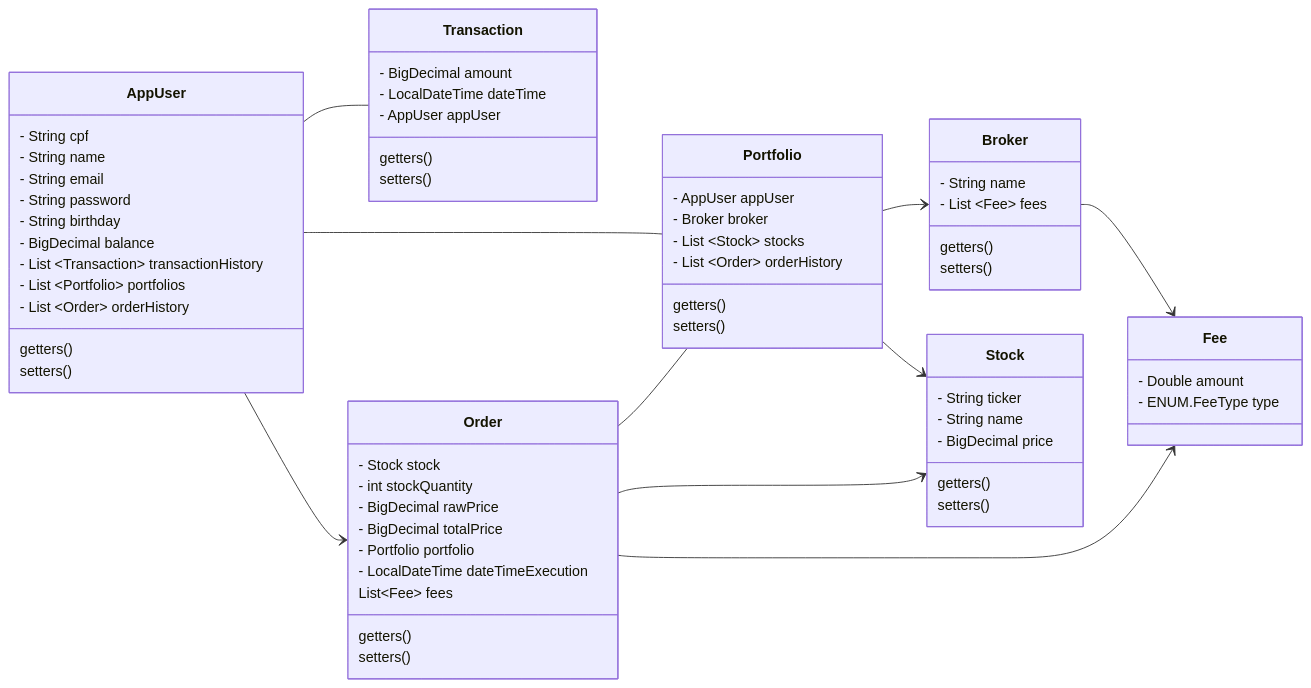
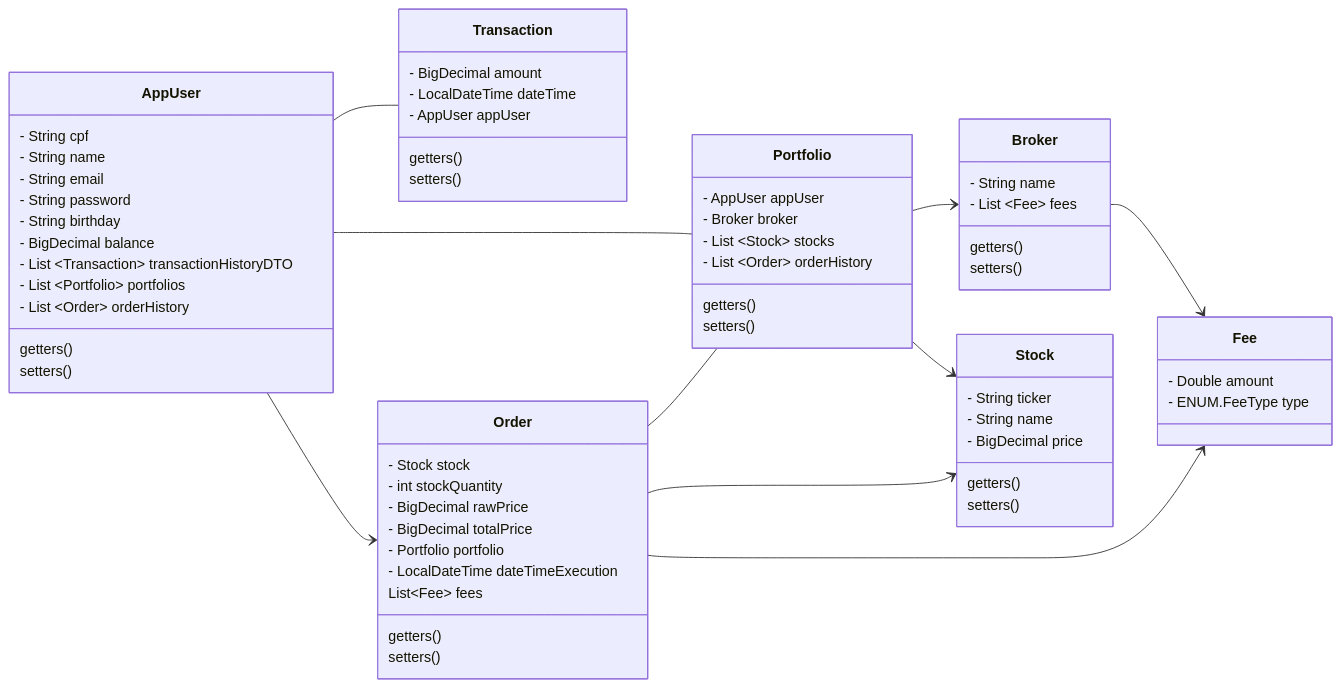
The first of 3 diagrams in README.md (leialemon/projeto-web-b3), drawn with Mermaid before and after one commit. The commit also changed 8 other files, not shown here.

````diff
--- a/README.md
+++ b/README.md
@@ -11,79 +11,79 @@
 ```mermaid
 classDiagram
 direction LR
 class AppUser {
     - String cpf 
     - String name
     - String email
     - String password
     - String birthday
     - BigDecimal balance
-    - List ~Transaction~ transactionHistory
+    - List ~Transaction~ transactionHistoryDTO
     - List ~Portfolio~ portfolios
     - List ~Order~ orderHistory
     getters()
     setters()
 }
 
 class Order{
     - Stock stock
     - int stockQuantity
     - BigDecimal rawPrice
     - BigDecimal totalPrice
     - Portfolio portfolio
     - LocalDateTime dateTimeExecution
     List~Fee~ fees
     getters()
     setters()
 }
 
 class Stock{
     - String ticker
     - String name
     - BigDecimal price
     getters()
     setters()
 }
 
 class Broker{
     - String name
     - List ~Fee~ fees
     getters()
     setters()
 }
 
 class Portfolio{
     - AppUser appUser
     - Broker broker
     - List ~Stock~ stocks
     - List ~Order~ orderHistory
     getters()
     setters()
 }
 
 class Transaction{
     - BigDecimal amount
     - LocalDateTime dateTime
     - AppUser appUser
     getters()
     setters()
 }
 
 class Fee{
    - Double amount
    - ENUM.FeeType type
 }
 
 AppUser -- Transaction
 AppUser -- Portfolio
 AppUser --> Order
 
 Order -- Portfolio
 Order --> Stock
 Order --> Fee
 
 Portfolio --> Broker
 Portfolio --> Stock
 
 Broker --> Fee
 ```
````
